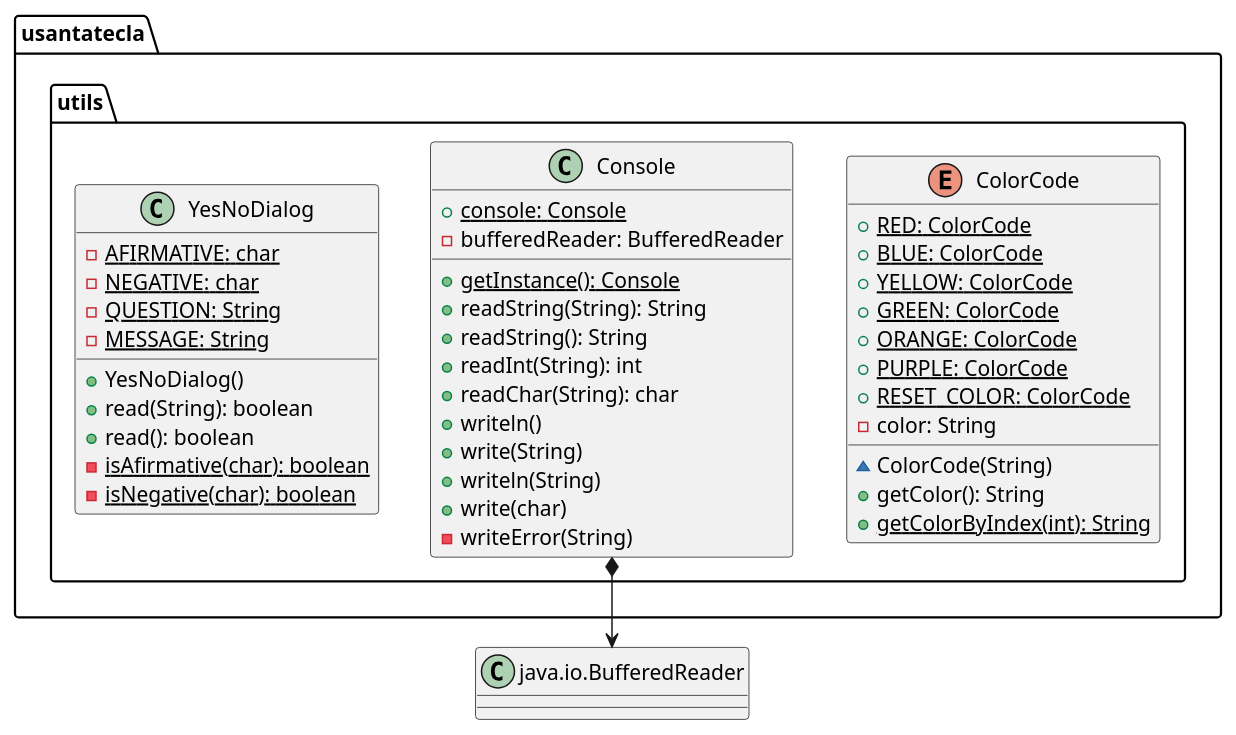
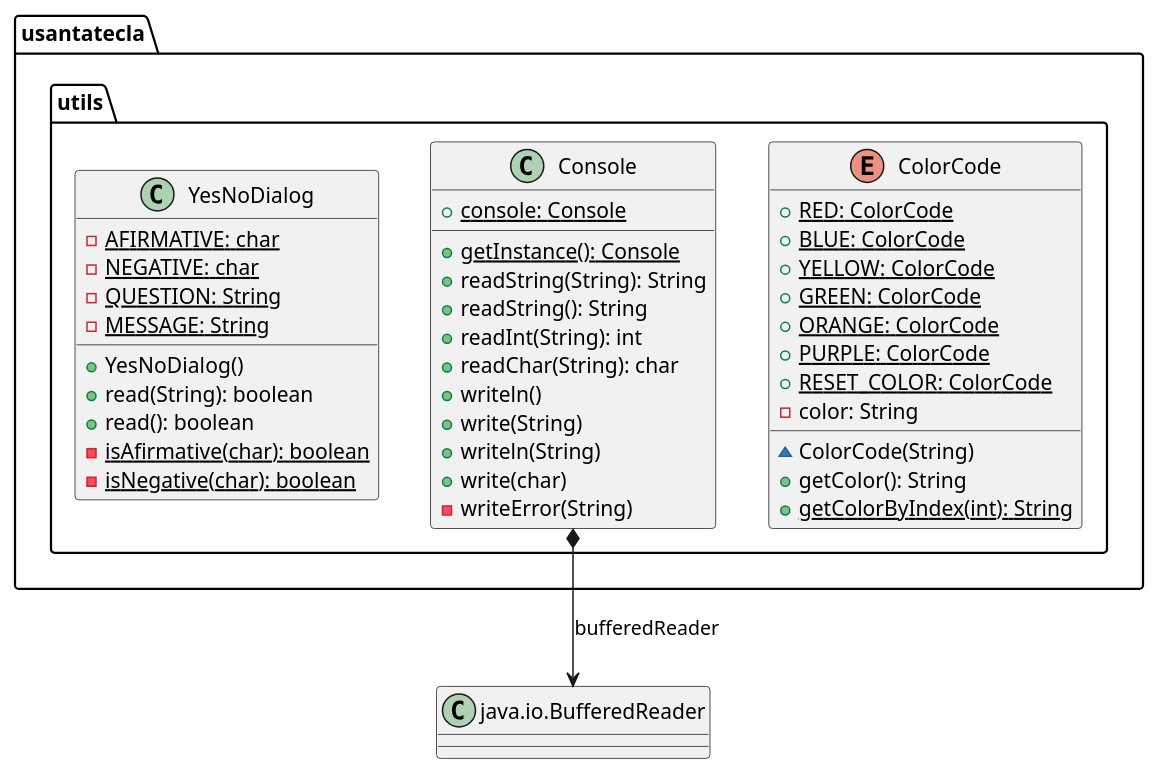
One commit to SantaTecla-mastermind/solution.java.swing.socket.sql changed the second of 2 diagrams in domainModel/docs/diagrams/src/paquetes.plantuml. Above: the diagram before and after it, drawn with PlantUML. The commit also changed other lines of this file and 2 other files, not shown here.

Commit message:
DomainModel diagrams finished

```diff
--- a/domainModel/docs/diagrams/src/paquetes.plantuml
+++ b/domainModel/docs/diagrams/src/paquetes.plantuml
@@ -152,50 +148,49 @@
 @startuml usantatecla.utils
 
 enum  usantatecla.utils.ColorCode{
 + {static} RED: ColorCode
 + {static} BLUE: ColorCode
 + {static} YELLOW: ColorCode
 + {static} GREEN: ColorCode
 + {static} ORANGE: ColorCode
 + {static} PURPLE: ColorCode
 + {static} RESET_COLOR: ColorCode
 - color: String
 ~ ColorCode(String)
 + getColor(): String
 + {static} getColorByIndex(int): String
 }
 
 class  usantatecla.utils.Console{
 + {static} console: Console
-- bufferedReader: BufferedReader
 + {static} getInstance(): Console
 + readString(String): String
 + readString(): String
 + readInt(String): int
 + readChar(String): char
 + writeln()
 + write(String)
 + writeln(String)
 + write(char)
 - writeError(String)
 }
 
 class BufferedReader as "java.io.BufferedReader"
 
-usantatecla.utils.Console *-down-> BufferedReader
+usantatecla.utils.Console *-down-> BufferedReader : bufferedReader
 
 
 
 class  usantatecla.utils.YesNoDialog{
 - {static} AFIRMATIVE: char
 - {static} NEGATIVE: char
 - {static} QUESTION: String
 - {static} MESSAGE: String
 + YesNoDialog()
 + read(String): boolean
 + read(): boolean
 - {static} isAfirmative(char): boolean
 - {static} isNegative(char): boolean
 }
 
 @enduml
```
